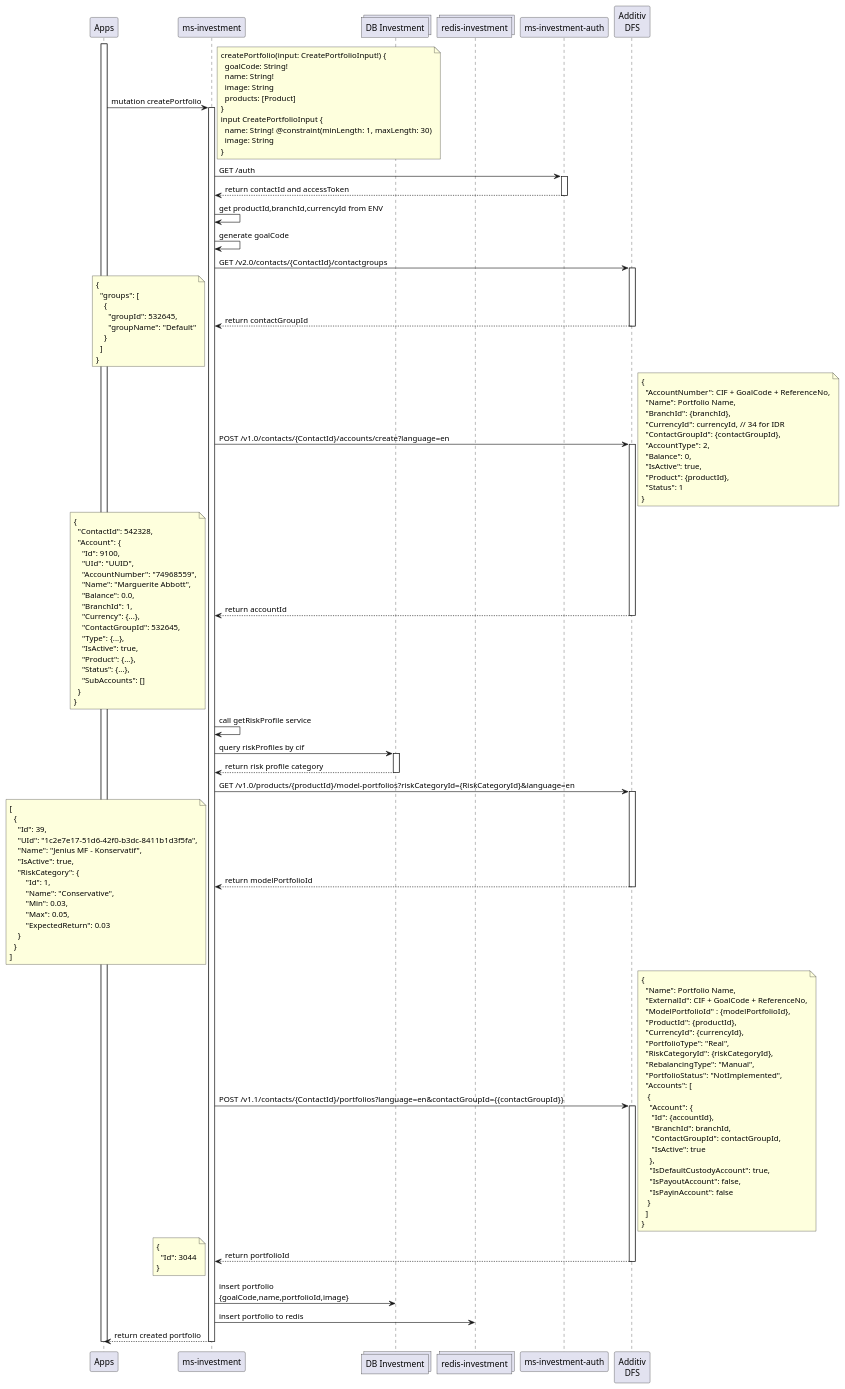
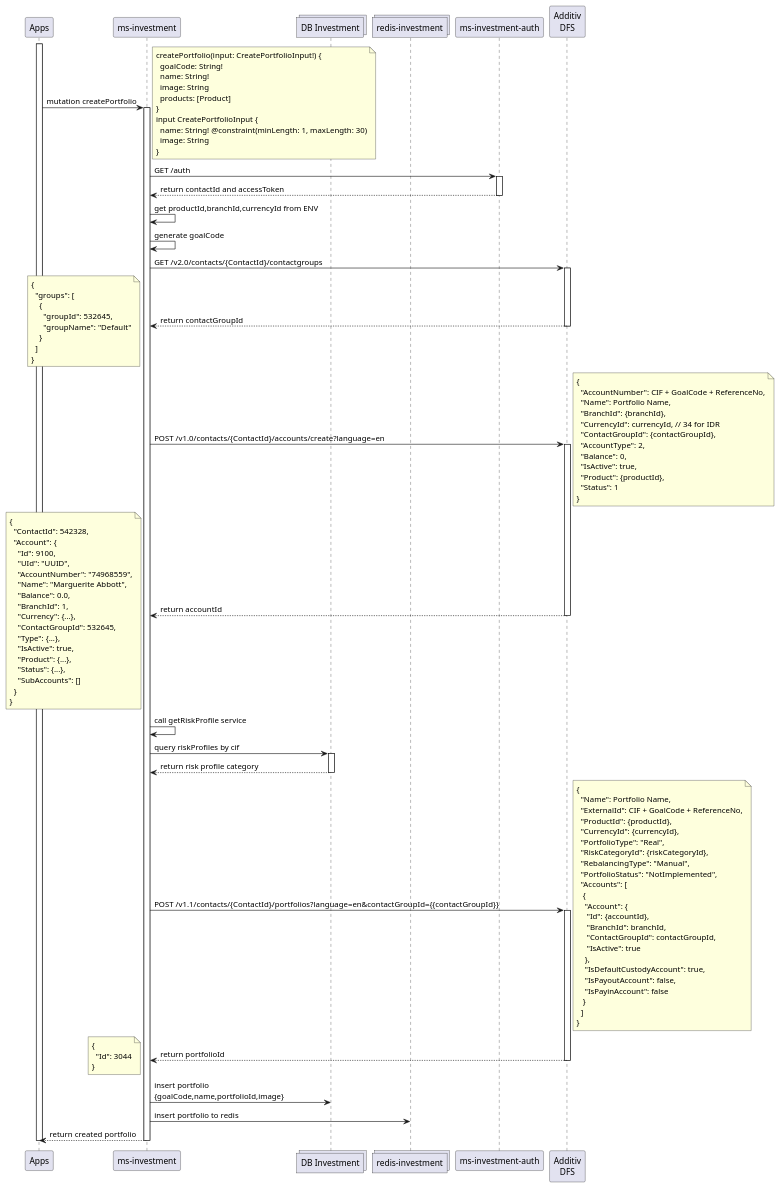
The diagram in jeniusDfs/jenius_createPortfolio.puml (iksena/jenius-uml), drawn with PlantUML before and after one commit. The commit also changed 8 other files, not shown here.

```diff
--- a/jeniusDfs/jenius_createPortfolio.puml
+++ b/jeniusDfs/jenius_createPortfolio.puml
@@ -1,148 +1,126 @@
 @startuml create portfolio
 participant "Apps" as app
 participant "ms-investment" as ms
 collections "DB Investment" as db
 collections "redis-investment" as redis
 participant "ms-investment-auth" as auth
 participant "Additiv\nDFS" as dfs
 
 activate app
 app -> ms: mutation createPortfolio
 note right
 createPortfolio(input: CreatePortfolioInput!) {
   goalCode: String!
   name: String!
   image: String
   products: [Product]
 }
 input CreatePortfolioInput {
   name: String! @constraint(minLength: 1, maxLength: 30)
   image: String
 }
 end note
 activate ms
 ms -> auth: GET /auth
 activate auth
 auth --> ms: return contactId and accessToken
 deactivate auth
 ms -> ms: get productId,branchId,currencyId from ENV
 ms -> ms: generate goalCode
 ms -> dfs: GET /v2.0/contacts/{ContactId}/contactgroups
 activate dfs
 dfs --> ms: return contactGroupId
 note left
 {
   "groups": [
     {
       "groupId": 532645,
       "groupName": "Default"
     }
   ]
 }
 end note
 deactivate dfs
 ms -> dfs: POST /v1.0/contacts/{ContactId}/accounts/create?language=en
 note right
 {
   "AccountNumber": CIF + GoalCode + ReferenceNo,
   "Name": Portfolio Name,
   "BranchId": {branchId},
   "CurrencyId": currencyId, // 34 for IDR
   "ContactGroupId": {contactGroupId},
   "AccountType": 2,
   "Balance": 0,
   "IsActive": true,
   "Product": {productId},
   "Status": 1
 }
 end note
 activate dfs
 dfs --> ms: return accountId
 note left
 {
   "ContactId": 542328,
   "Account": {
     "Id": 9100,
     "UId": "UUID",
     "AccountNumber": "74968559",
     "Name": "Marguerite Abbott",
     "Balance": 0.0,
     "BranchId": 1,
     "Currency": {...},
     "ContactGroupId": 532645,
     "Type": {...},
     "IsActive": true,
     "Product": {...},
     "Status": {...},
     "SubAccounts": []
   }
 }
 end note
 deactivate dfs
 ms -> ms: call getRiskProfile service
 ms -> db: query riskProfiles by cif
 activate db
 db --> ms: return risk profile category
 deactivate db
-ms -> dfs: GET /v1.0/products/{productId}/model-portfolios?riskCategoryId={RiskCategoryId}&language=en
-activate dfs
-dfs --> ms: return modelPortfolioId
-note left
-[
-  {
-    "Id": 39,
-    "UId": "1c2e7e17-51d6-42f0-b3dc-8411b1d3f5fa",
-    "Name": "Jenius MF - Konservatif",
-    "IsActive": true,
-    "RiskCategory": {
-        "Id": 1,
-        "Name": "Conservative",
-        "Min": 0.03,
-        "Max": 0.05,
-        "ExpectedReturn": 0.03
-    }
-  }
-]
-end note
-deactivate dfs
 ms -> dfs: POST /v1.1/contacts/{ContactId}/portfolios?language=en&contactGroupId={{contactGroupId}}
 activate dfs
 note right
 {
   "Name": Portfolio Name,
   "ExternalId": CIF + GoalCode + ReferenceNo,
-  "ModelPortfolioId" : {modelPortfolioId},
   "ProductId": {productId},
   "CurrencyId": {currencyId},
   "PortfolioType": "Real",
   "RiskCategoryId": {riskCategoryId},
   "RebalancingType": "Manual",
   "PortfolioStatus": "NotImplemented",
   "Accounts": [
    {
     "Account": {
      "Id": {accountId},
      "BranchId": branchId,
      "ContactGroupId": contactGroupId,
      "IsActive": true
     },
     "IsDefaultCustodyAccount": true,
     "IsPayoutAccount": false,
     "IsPayinAccount": false
    }
   ]
 }
 end note
 dfs --> ms: return portfolioId
 note left
 {
   "Id": 3044
 }
 end note
 deactivate dfs
 ms -> db: insert portfolio\n{goalCode,name,portfolioId,image}
 ms -> redis: insert portfolio to redis
 ms --> app: return created portfolio
 deactivate ms
 deactivate app
 @enduml
```
